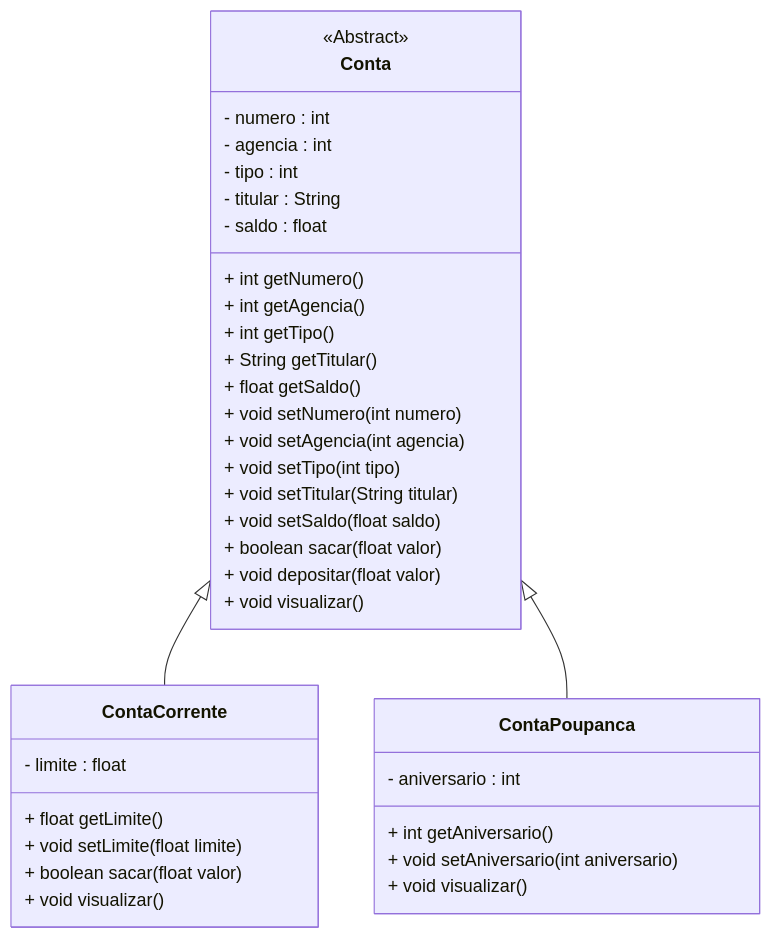
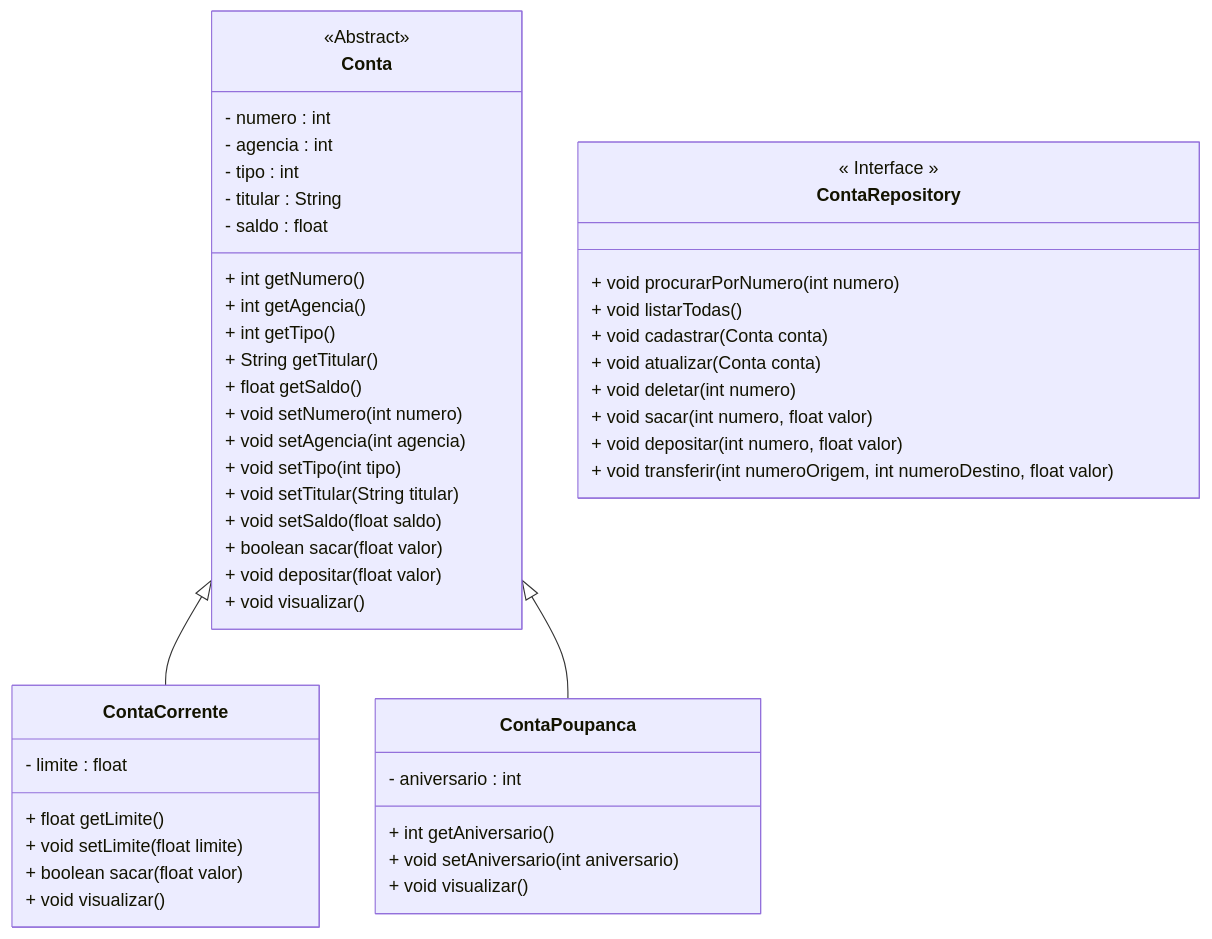
One commit to conteudoGeneration/cookbook_java_fullstack changed the diagram in 01_java/pr06.md. Above: the diagram before and after it, drawn with Mermaid. The commit also changed other lines of this file and 14 other files, not shown here.

````diff
--- a/01_java/pr06.md
+++ b/01_java/pr06.md
@@ -7,39 +9,50 @@
 ```mermaid
 classDiagram
 class Conta {
 <<Abstract>>
   - numero : int
   - agencia : int
   - tipo : int
   - titular : String
   - saldo : float
   + int getNumero()
   + int getAgencia()
   + int getTipo()
   + String getTitular()
   + float getSaldo()
   + void setNumero(int numero)
   + void setAgencia(int agencia)
   + void setTipo(int tipo)
   + void setTitular(String titular)
   + void setSaldo(float saldo)
   + boolean sacar(float valor)
   + void depositar(float valor)
   + void visualizar()
 }
 class ContaCorrente {
   - limite : float
   + float getLimite()
   + void setLimite(float limite)
   + boolean sacar(float valor)
   + void visualizar()
 }
 class ContaPoupanca {
   - aniversario : int
   + int getAniversario()
   + void setAniversario(int aniversario)
   + void visualizar()
 }
+class ContaRepository{
+<< Interface >>
++ void procurarPorNumero(int numero)
++ void listarTodas()
++ void cadastrar(Conta conta)
++ void atualizar(Conta conta)
++ void deletar(int numero)
++ void sacar(int numero, float valor)
++ void depositar(int numero, float valor)
++ void transferir(int numeroOrigem, int numeroDestino, float valor)
+}
 Conta <|-- ContaCorrente
 Conta <|-- ContaPoupanca
 ```
````
